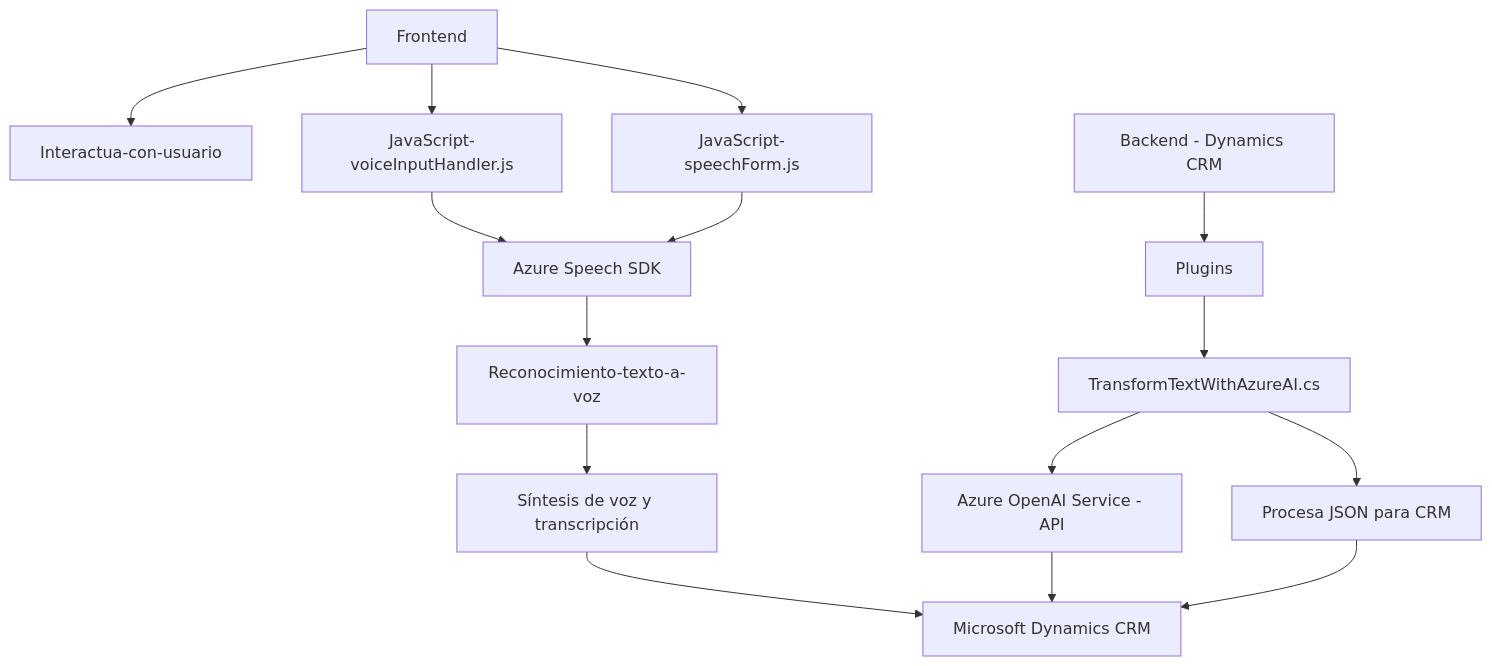
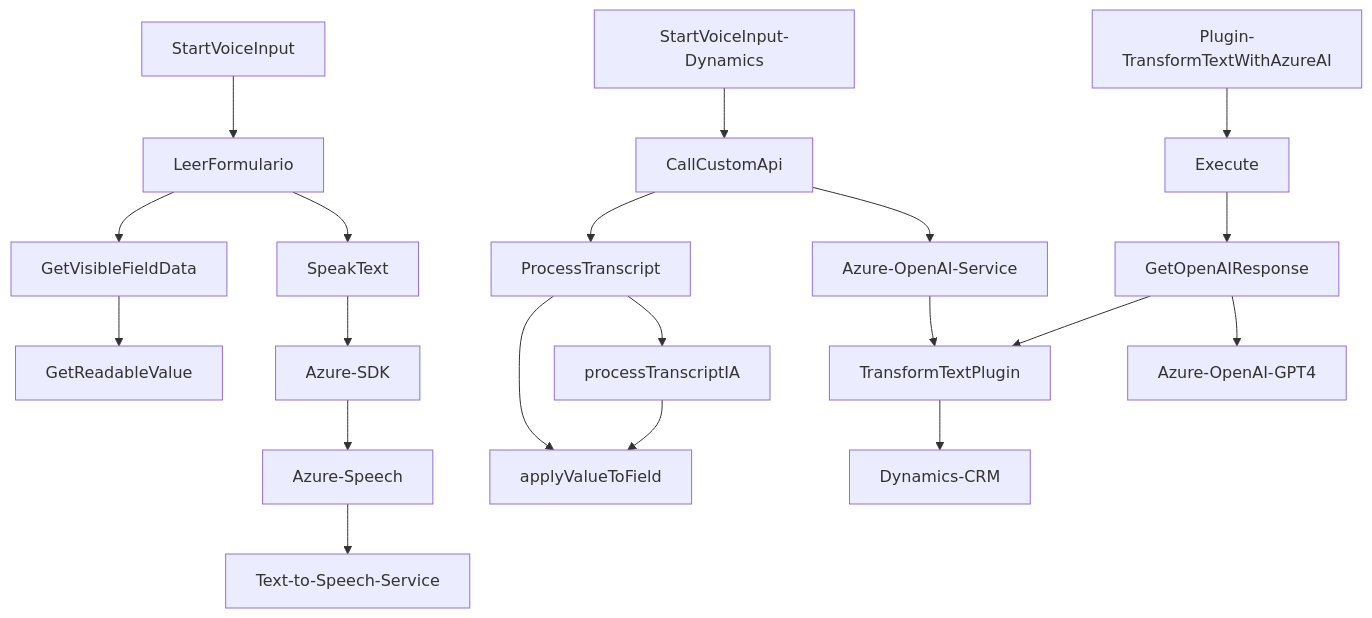
Before and after one commit to blopezdm/NETCORE_BILBAO2025: the diagram in README.md, drawn with Mermaid. The commit also changed other lines of this file, not shown here.

Commit message:
Actualizar análisis global de la solución con IA

````diff
--- a/README.md
+++ b/README.md
@@ -33,19 +31,24 @@
 ```mermaid
 graph TD
-  A["Frontend"] --> B["Interactua-con-usuario"]
-  A --> C["JavaScript-voiceInputHandler.js"]
-  C --> D["Azure Speech SDK"]
-  A --> E["JavaScript-speechForm.js"]
-  E --> D
-  D --> F["Reconocimiento-texto-a-voz"]
-  F --> G["Síntesis de voz y transcripción"]
-  
-  H["Backend - Dynamics CRM"] --> I["Plugins"]
-  I --> J["TransformTextWithAzureAI.cs"]
-  J --> K["Azure OpenAI Service - API"]
-  J --> L["Procesa JSON para CRM"]
-  L --> M["Microsoft Dynamics CRM"]
-  
-  G --> M
-  K --> M
+    A["StartVoiceInput"] --> B["LeerFormulario"]
+    B --> C["GetVisibleFieldData"]
+    B --> D["SpeakText"]
+    C --> E["GetReadableValue"]
+    D --> F["Azure-SDK"]
+    F --> G["Azure-Speech"]
+    G --> H["Text-to-Speech-Service"]
+    
+    I["StartVoiceInput-Dynamics"] --> J["CallCustomApi"]
+    J --> K["ProcessTranscript"]
+    K --> L["applyValueToField"]
+    K --> M["processTranscriptIA"]
+    M --> L
+    J --> N["Azure-OpenAI-Service"]
+    N --> O["TransformTextPlugin"]
+    
+    P["Plugin-TransformTextWithAzureAI"] --> Q["Execute"]
+    Q --> R["GetOpenAIResponse"]
+    R --> O
+    O --> S["Dynamics-CRM"]
+    R --> T["Azure-OpenAI-GPT4"]
 ```
````
